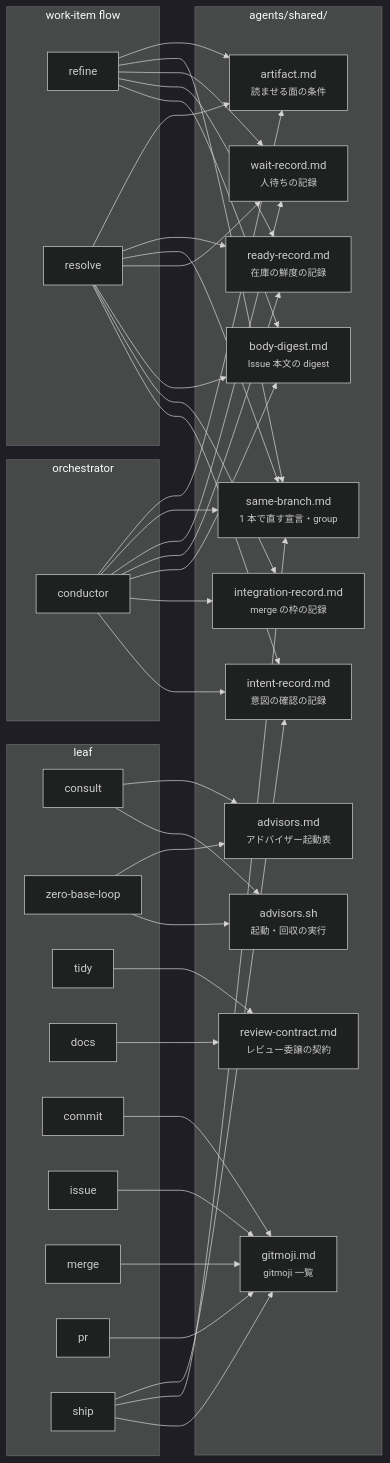
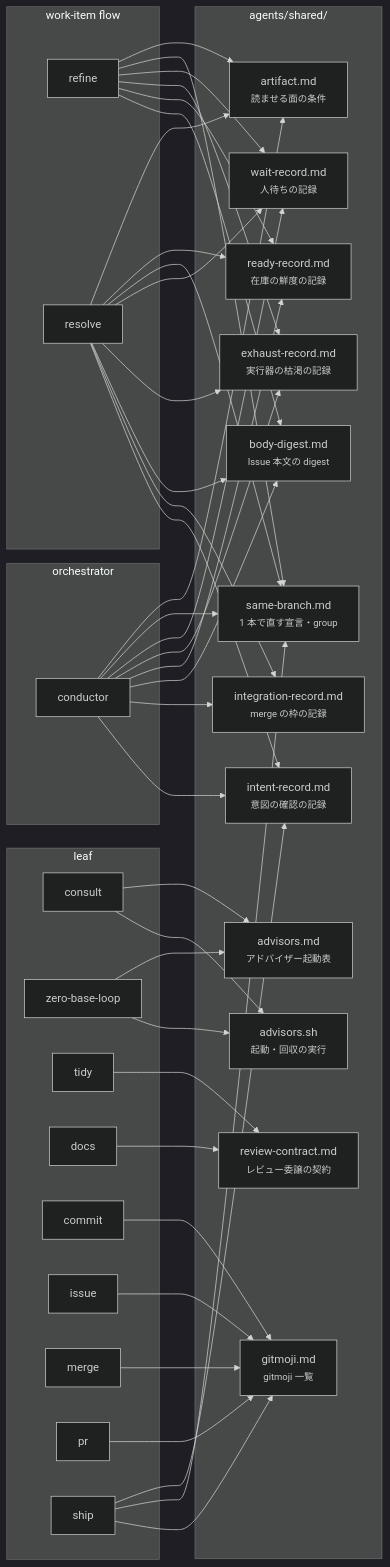
The second of 2 diagrams in agents/docs/structure.md (usagizmo/agentfiles), drawn with Mermaid (dark theme) before and after one commit. The commit also changed 14 other files, not shown here.

````diff
--- a/agents/docs/structure.md
+++ b/agents/docs/structure.md
@@ -73,67 +73,71 @@
 ```mermaid
 flowchart LR
     subgraph orch["orchestrator"]
         CO[conductor]
     end
     subgraph flow["work-item flow"]
         RF[refine]
         RS[resolve]
     end
     subgraph leaf["leaf"]
         CS[consult]
         ZB[zero-base-loop]
         TD[tidy]
         DC[docs]
         CM[commit]
         IS[issue]
         ME[merge]
         PR[pr]
         SH[ship]
     end
     subgraph shared["agents/shared/"]
         SB["same-branch.md<br/><small>1 本で直す宣言・group</small>"]
         WR["wait-record.md<br/><small>人待ちの記録</small>"]
+        XR["exhaust-record.md<br/><small>実行器の枯渇の記録</small>"]
         RR["ready-record.md<br/><small>在庫の鮮度の記録</small>"]
         BD["body-digest.md<br/><small>Issue 本文の digest</small>"]
         RC["review-contract.md<br/><small>レビュー委譲の契約</small>"]
         AF["artifact.md<br/><small>読ませる面の条件</small>"]
         IR["integration-record.md<br/><small>merge の枠の記録</small>"]
         IT["intent-record.md<br/><small>意図の確認の記録</small>"]
         AD["advisors.md<br/><small>アドバイザー起動表</small>"]
         AS["advisors.sh<br/><small>起動・回収の実行</small>"]
         GM["gitmoji.md<br/><small>gitmoji 一覧</small>"]
     end
 
     RF --> AF
     RS --> AF
     CO --> AF
     CO --> SB
     CO --> WR
+    CO --> XR
     CO --> RR
     CO --> BD
     RF --> SB
     RF --> WR
+    RF --> XR
     RF --> RR
     RS --> RR
     ME --> GM
     RF --> BD
     RS --> SB
     RS --> WR
+    RS --> XR
     RS --> BD
     CO --> IR
     RS --> IR
     CO --> IT
     RS --> IT
     SH --> IT
     SH --> SB
     CS --> AD
     CS --> AS
     ZB --> AD
     ZB --> AS
     TD --> RC
     DC --> RC
     CM --> GM
     IS --> GM
     PR --> GM
     SH --> GM
 ```
````
